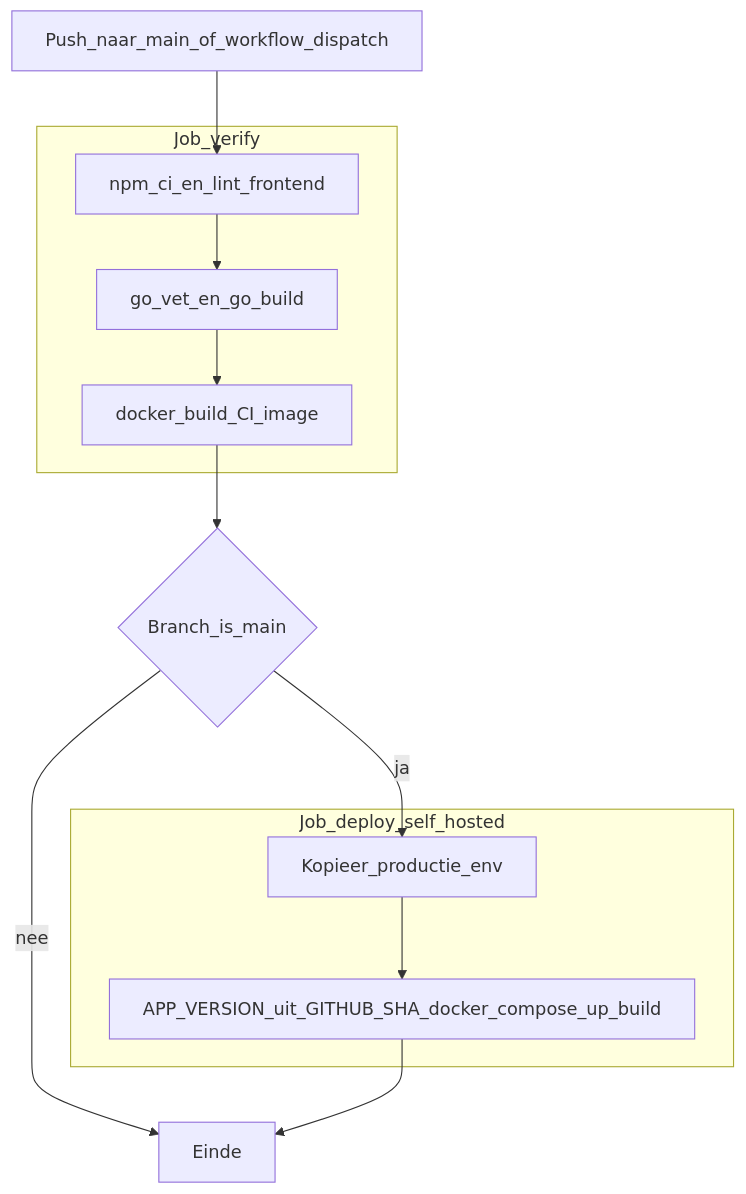
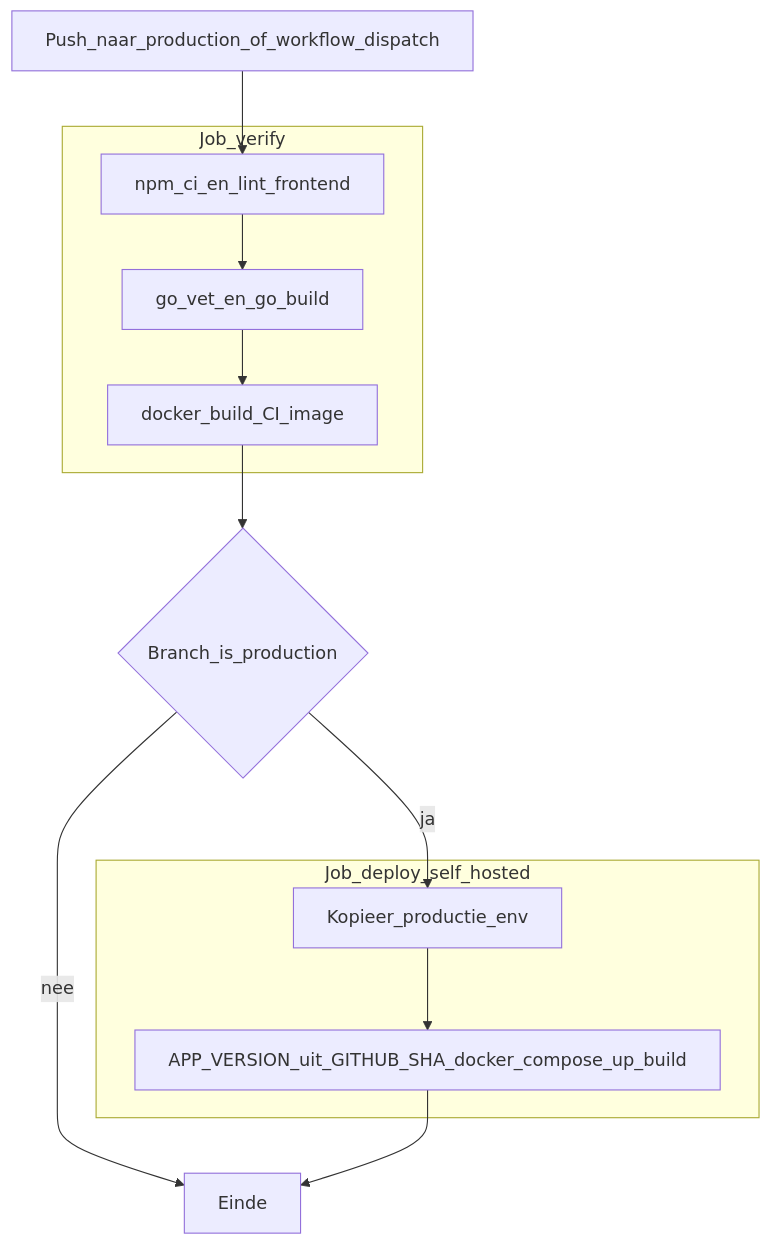
The second of 5 diagrams in docs/ARCHITECTURE.md (Sjoerd305/lunchkraam), drawn with Mermaid before and after one commit. The commit also changed other lines of this file, not shown here.

Commit message:
docs: CI/CD-trigger is de branch production, niet main

````diff
--- a/docs/ARCHITECTURE.md
+++ b/docs/ARCHITECTURE.md
@@ -42,19 +42,19 @@
 ```mermaid
 flowchart TD
-  trig[Push_naar_main_of_workflow_dispatch] --> v1
+  trig[Push_naar_production_of_workflow_dispatch] --> v1
   subgraph verifyJob [Job_verify]
     v1[npm_ci_en_lint_frontend]
     v2[go_vet_en_go_build]
     v3[docker_build_CI_image]
     v1 --> v2 --> v3
   end
-  v3 --> cond{Branch_is_main}
+  v3 --> cond{Branch_is_production}
   cond -->|nee| done[Einde]
   cond -->|ja| e
   subgraph deployJob [Job_deploy_self_hosted]
     e[Kopieer_productie_env]
     c["APP_VERSION_uit_GITHUB_SHA_docker_compose_up_build"]
     e --> c
   end
   c --> done
 ```
````
